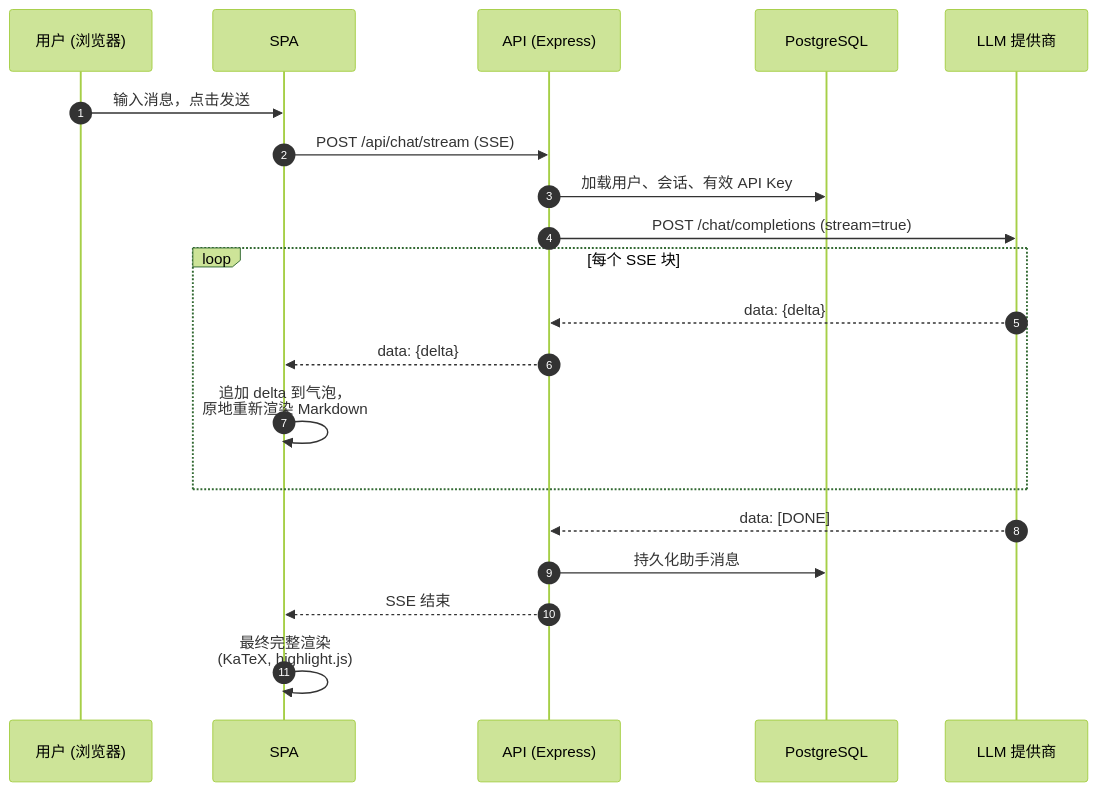
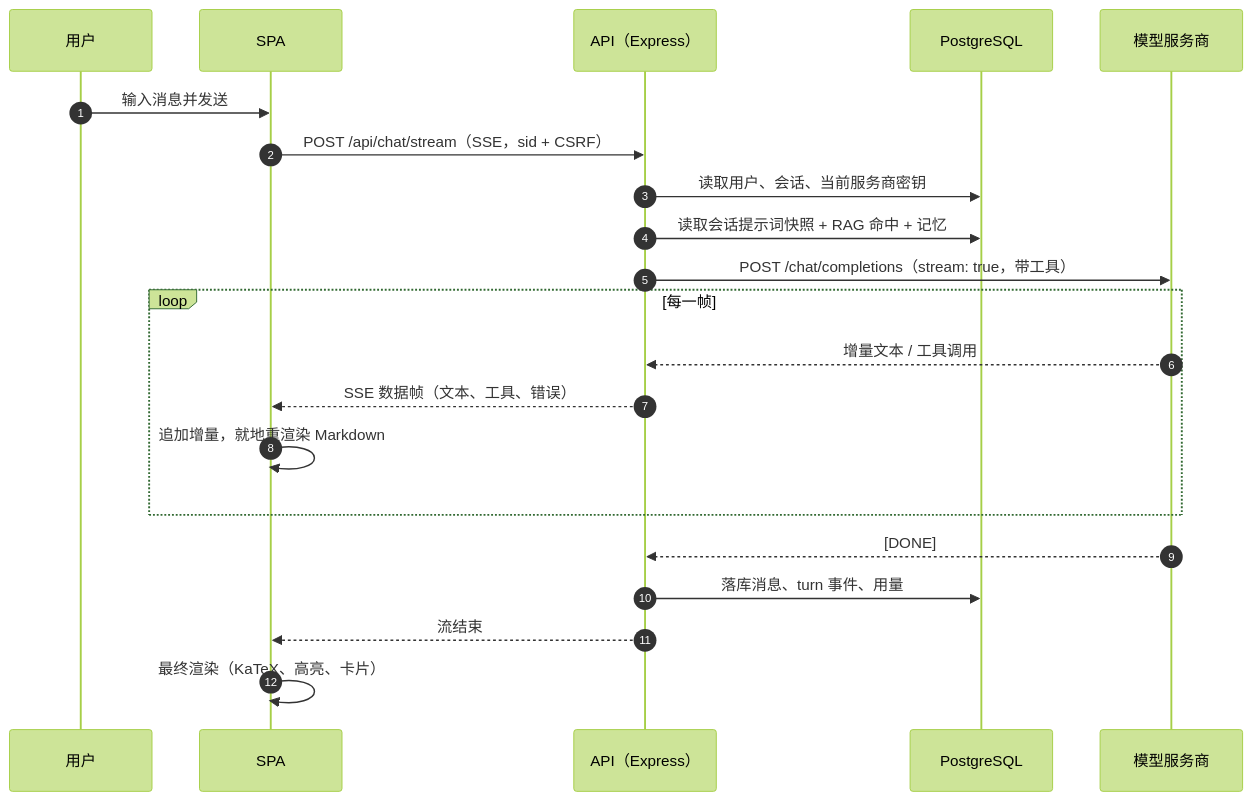
The second of 2 diagrams in README.zh.md (kevenhu001-cyber/Socrates), drawn with Mermaid (forest theme) before and after one commit. The commit also changed other lines of this file and 41 other files, not shown here.

````diff
--- a/README.zh.md
+++ b/README.zh.md
@@ -196,23 +177,24 @@
 ```mermaid
 sequenceDiagram
   autonumber
-  participant U as 用户 (浏览器)
+  participant U as 用户
   participant SPA as SPA
-  participant API as API (Express)
+  participant API as API（Express）
   participant DB as PostgreSQL
-  participant LLM as LLM 提供商
+  participant P as 模型服务商
 
-  U->>SPA: 输入消息，点击发送
-  SPA->>API: POST /api/chat/stream (SSE)
-  API->>DB: 加载用户、会话、有效 API Key
-  API->>LLM: POST /chat/completions (stream=true)
-  loop 每个 SSE 块
-    LLM-->>API: data: {delta}
-    API-->>SPA: data: {delta}
-    SPA->>SPA: 追加 delta 到气泡，<br/>原地重新渲染 Markdown
+  U->>SPA: 输入消息并发送
+  SPA->>API: POST /api/chat/stream（SSE，sid + CSRF）
+  API->>DB: 读取用户、会话、当前服务商密钥
+  API->>DB: 读取会话提示词快照 + RAG 命中 + 记忆
+  API->>P: POST /chat/completions（stream: true，带工具）
+  loop 每一帧
+    P-->>API: 增量文本 / 工具调用
+    API-->>SPA: SSE 数据帧（文本、工具、错误）
+    SPA->>SPA: 追加增量，就地重渲染 Markdown
   end
-  LLM-->>API: data: [DONE]
-  API->>DB: 持久化助手消息
-  API-->>SPA: SSE 结束
-  SPA->>SPA: 最终完整渲染<br/>(KaTeX, highlight.js)
+  P-->>API: [DONE]
+  API->>DB: 落库消息、turn 事件、用量
+  API-->>SPA: 流结束
+  SPA->>SPA: 最终渲染（KaTeX、高亮、卡片）
 ```
````
